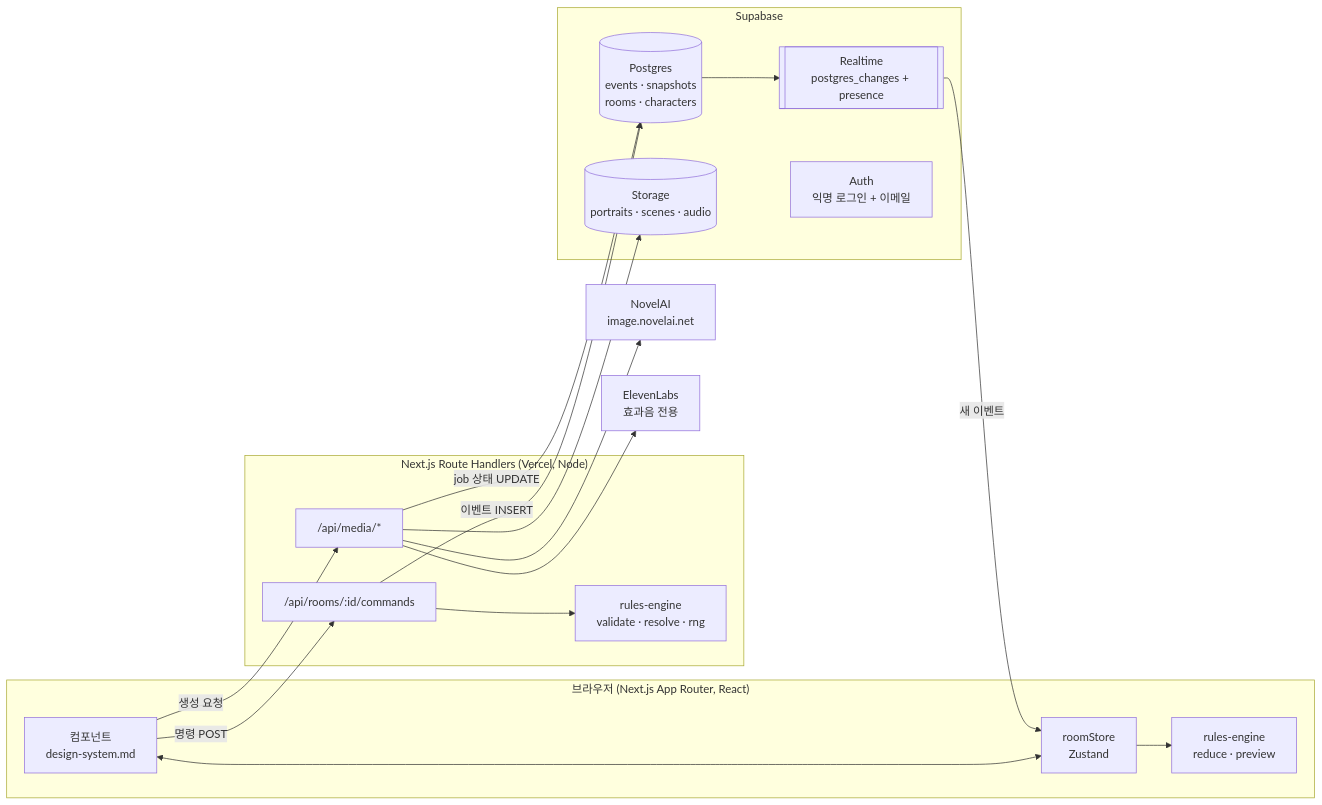
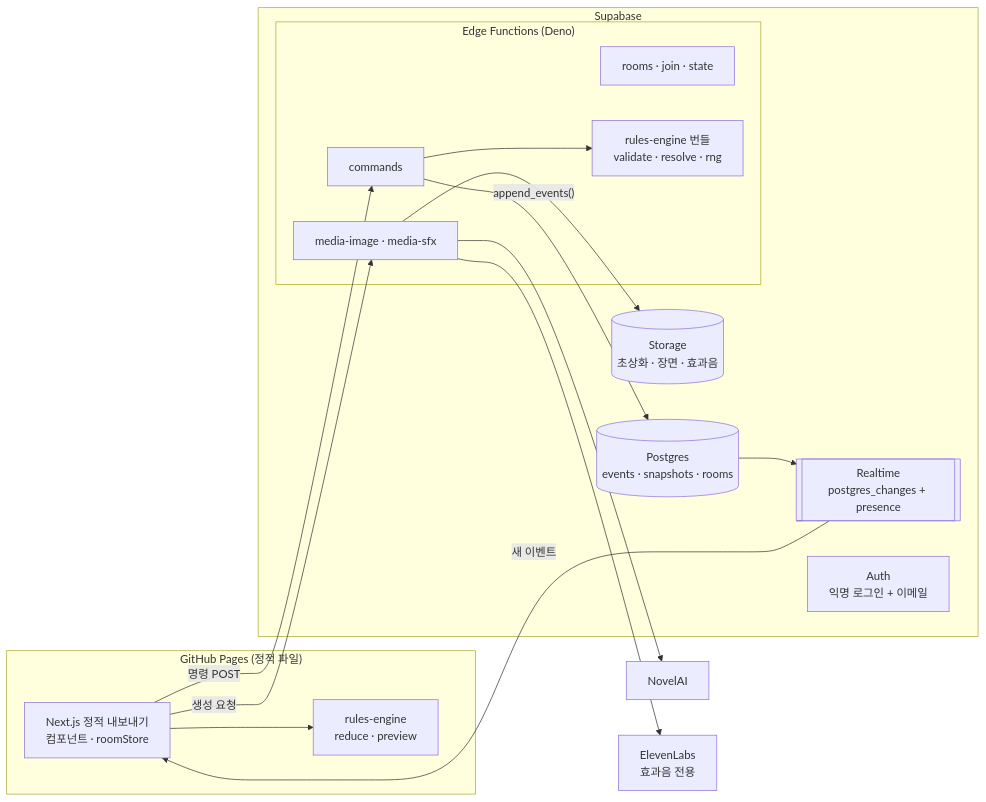
The first of 3 diagrams in docs/architecture.md (qkaxod2/fate-table), drawn with Mermaid before and after one commit. The commit also changed other lines of this file and 37 other files, not shown here.

First line of the commit message:
Add browser-only try mode and GitHub Pages deployment

````diff
--- a/docs/architecture.md
+++ b/docs/architecture.md
@@ -10,36 +12,33 @@
 ```mermaid
 flowchart LR
-  subgraph Client["브라우저 (Next.js App Router, React)"]
-    UI[컴포넌트<br/>design-system.md]
-    Store[roomStore<br/>Zustand]
+  subgraph Pages["GitHub Pages (정적 파일)"]
+    UI[Next.js 정적 내보내기<br/>컴포넌트 · roomStore]
     RE1[rules-engine<br/>reduce · preview]
-    UI <--> Store
-    Store --> RE1
-  end
-
-  subgraph Server["Next.js Route Handlers (Vercel, Node)"]
-    CMD["/api/rooms/:id/commands"]
-    MEDIA["/api/media/*"]
-    RE2[rules-engine<br/>validate · resolve · rng]
-    CMD --> RE2
+    UI --> RE1
   end
 
   subgraph Supabase
-    DB[(Postgres<br/>events · snapshots<br/>rooms · characters)]
+    subgraph Fn["Edge Functions (Deno)"]
+      CMD[commands]
+      ROOM[rooms · join · state]
+      MEDIA[media-image · media-sfx]
+      RE2[rules-engine 번들<br/>validate · resolve · rng]
+      CMD --> RE2
+    end
+    DB[(Postgres<br/>events · snapshots · rooms)]
     RT[[Realtime<br/>postgres_changes + presence]]
-    ST[(Storage<br/>portraits · scenes · audio)]
+    ST[(Storage<br/>초상화 · 장면 · 효과음)]
     AUTH[Auth<br/>익명 로그인 + 이메일]
   end
 
-  NAI[NovelAI<br/>image.novelai.net]
+  NAI[NovelAI]
   EL[ElevenLabs<br/>효과음 전용]
 
   UI -- 명령 POST --> CMD
-  CMD -- 이벤트 INSERT --> DB
-  DB --> RT -- 새 이벤트 --> Store
+  CMD -- append_events() --> DB
+  DB --> RT -- 새 이벤트 --> UI
   UI -- 생성 요청 --> MEDIA
   MEDIA --> NAI
   MEDIA --> EL
   MEDIA --> ST
-  MEDIA -- job 상태 UPDATE --> DB
 ```
````
